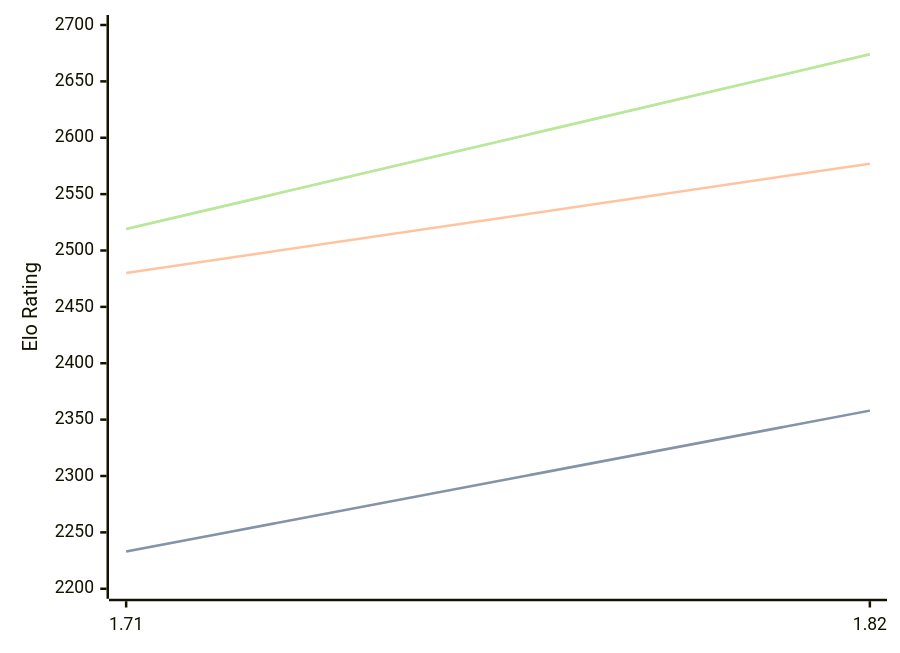
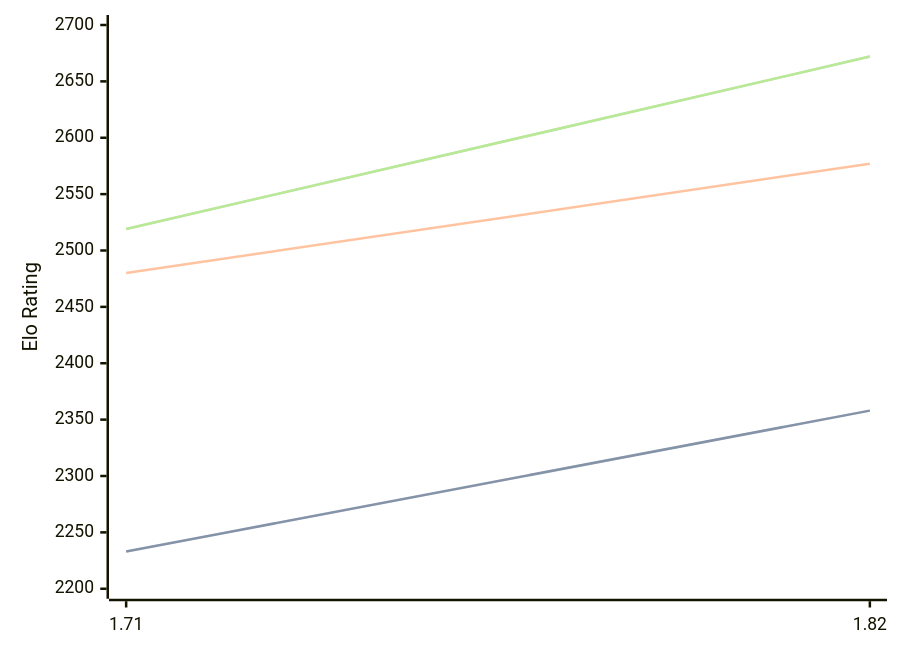
The diagram in engines/Amira.md (computer-chess-index/cci), drawn with Mermaid before and after one commit. The commit also changed other lines of this file, not shown here.

Commit message:
Update CCI Ratings (ELO VLTC) - 2026-03-10

````diff
--- a/engines/Amira.md
+++ b/engines/Amira.md
@@ -33,11 +33,11 @@
 ```mermaid
 %%{init: {"theme":"base","themeVariables":{"seriesColors:['#a3a3a3','#222221','#faa371']}}}%%
 xychart-beta
   x-axis ["1.71", "1.82"]
   y-axis "Elo Rating" 2200 --> 2700
   line "STC (8.0+0.08s)" [2233, 2358]
   line "STC (8.0+0.08s)" [2233, 2358]
   line "LTC (60.0+0.60s)" [2480, 2577]
-  line "VLTC (2m24s+1.12s)" [2519, 2674]
-  line "VLTC (2m24s+1.12s)" [2519, 2674]
+  line "VLTC (2m24s+1.12s)" [2519, 2672]
+  line "VLTC (2m24s+1.12s)" [2519, 2672]
 ```
````
